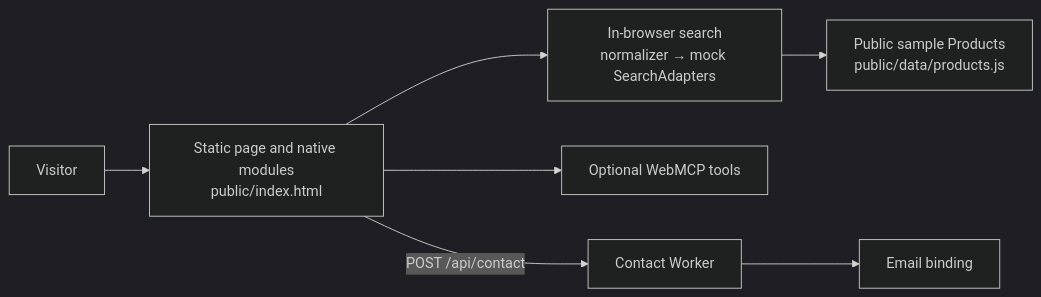
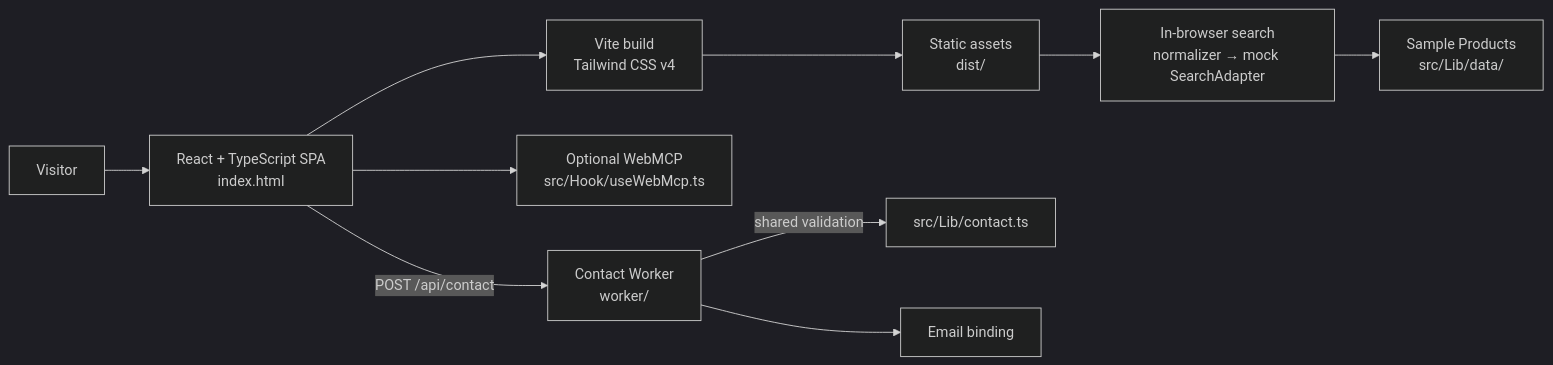
Before and after one commit to iskWang/taiwanhaul: the first of 2 diagrams in docs/architecture.md, drawn with Mermaid (dark theme). The commit also changed other lines of this file and 119 other files, not shown here.

First line of the commit message:
Migrate site to React + TypeScript (Vite, Tailwind package, bun) (#8)

````diff
--- a/docs/architecture.md
+++ b/docs/architecture.md
@@ -15,9 +15,12 @@
 ```mermaid
 flowchart LR
-  Visitor --> Static["Static page and native modules<br/>public/index.html"]
-  Static --> Search["In-browser search<br/>normalizer → mock SearchAdapters"]
-  Search --> Mock["Public sample Products<br/>public/data/products.js"]
-  Static --> WebMCP["Optional WebMCP tools"]
-  Static -->|POST /api/contact| Worker["Contact Worker"]
+  Visitor --> HTML["React + TypeScript SPA<br/>index.html"]
+  HTML --> Vite["Vite build<br/>Tailwind CSS v4"]
+  Vite --> Dist["Static assets<br/>dist/"]
+  Dist --> Search["In-browser search<br/>normalizer → mock SearchAdapter"]
+  Search --> Sample["Sample Products<br/>src/Lib/data/"]
+  HTML --> WebMCP["Optional WebMCP<br/>src/Hook/useWebMcp.ts"]
+  HTML -->|POST /api/contact| Worker["Contact Worker<br/>worker/"]
+  Worker -->|shared validation| Contact["src/Lib/contact.ts"]
   Worker --> Email["Email binding"]
 ```
````
